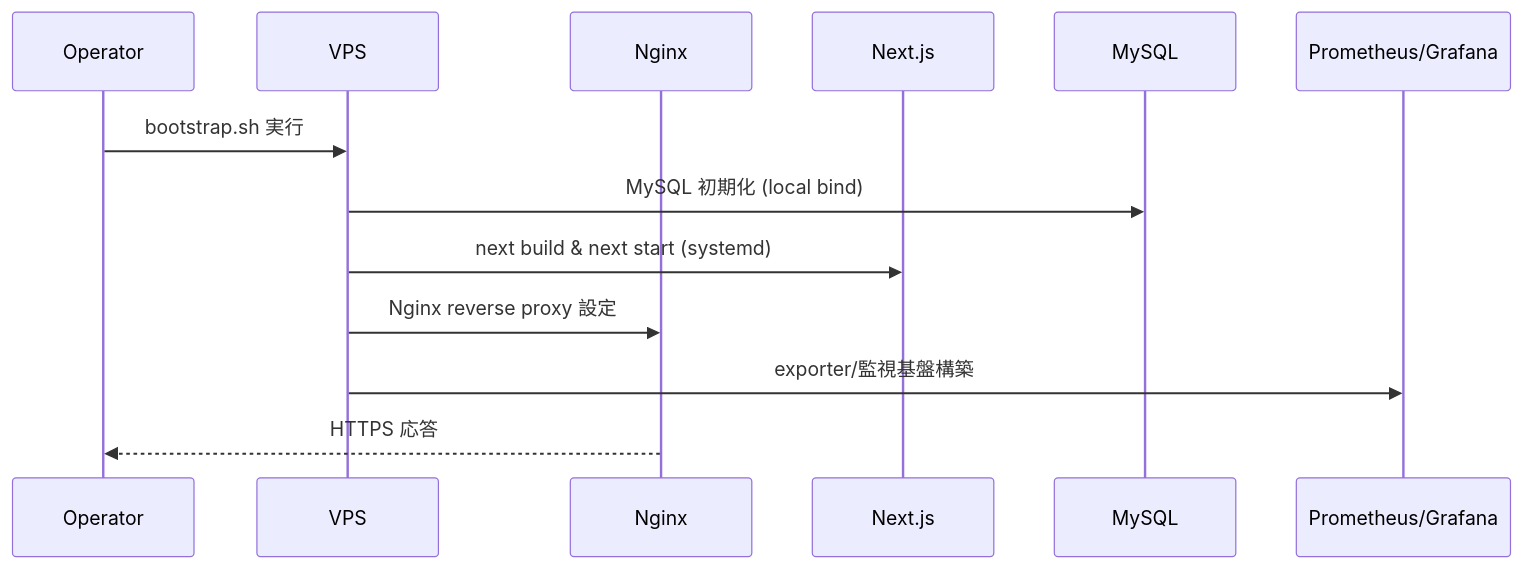
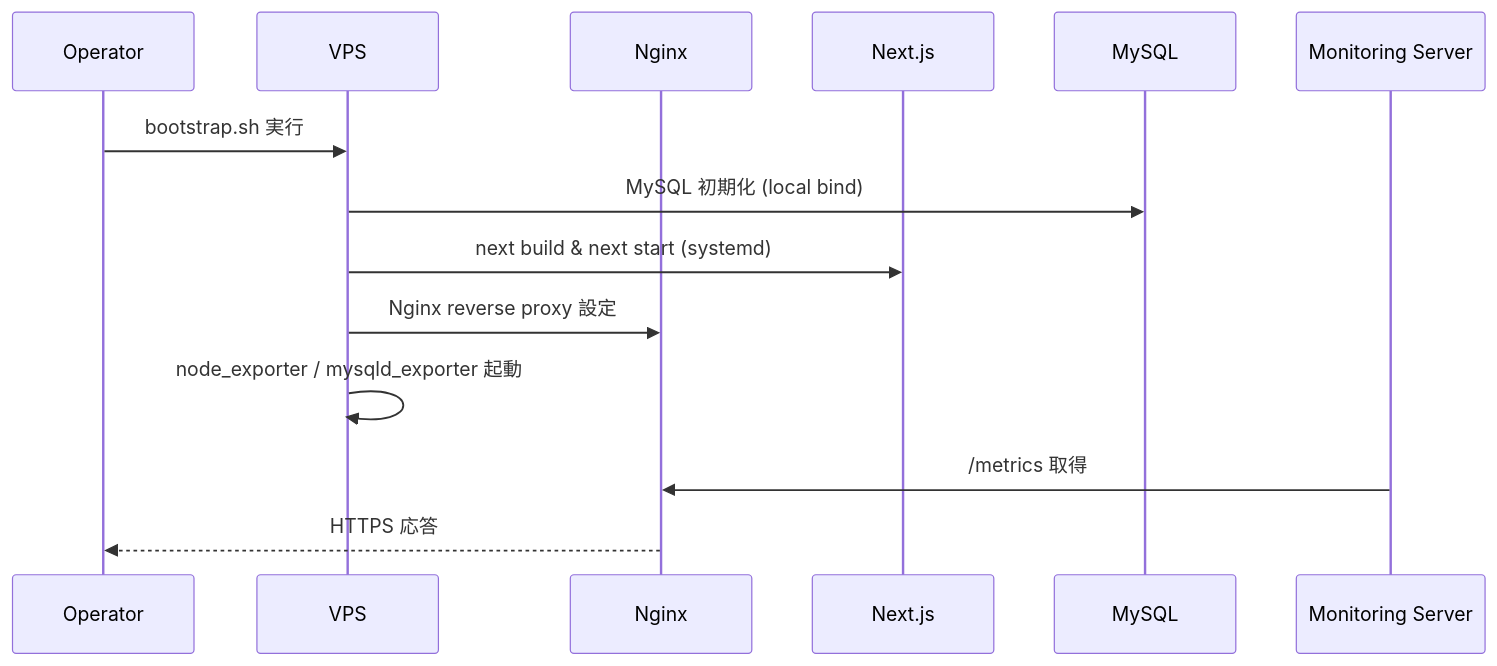
One commit to LevelCapTech/Agile-PMBOK-Assist changed the first of 2 diagrams in .github/copilot/plans/33-implementation-plan.md. Above: the diagram before and after it, drawn with Mermaid. The commit also changed other lines of this file, not shown here.

````diff
--- a/.github/copilot/plans/33-implementation-plan.md
+++ b/.github/copilot/plans/33-implementation-plan.md
@@ -172,15 +325,16 @@
 ```mermaid
 sequenceDiagram
   participant Ops as Operator
   participant VPS as VPS
   participant NG as Nginx
   participant NX as Next.js
   participant DB as MySQL
-  participant Mon as Prometheus/Grafana
+  participant Mon as Monitoring Server
   Ops->>VPS: bootstrap.sh 実行
   VPS->>DB: MySQL 初期化 (local bind)
   VPS->>NX: next build & next start (systemd)
   VPS->>NG: Nginx reverse proxy 設定
-  VPS->>Mon: exporter/監視基盤構築
+  VPS->>VPS: node_exporter / mysqld_exporter 起動
+  Mon->>NG: /metrics 取得
   NG-->>Ops: HTTPS 応答
 ```
````
